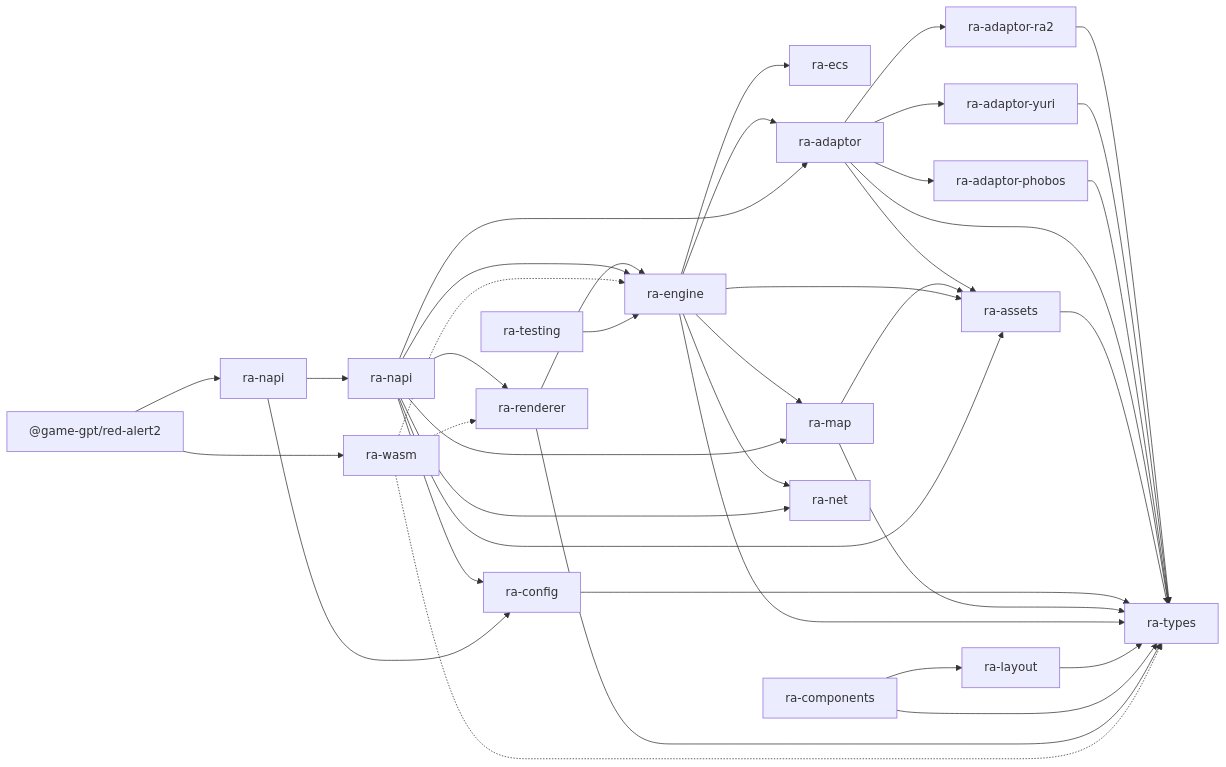
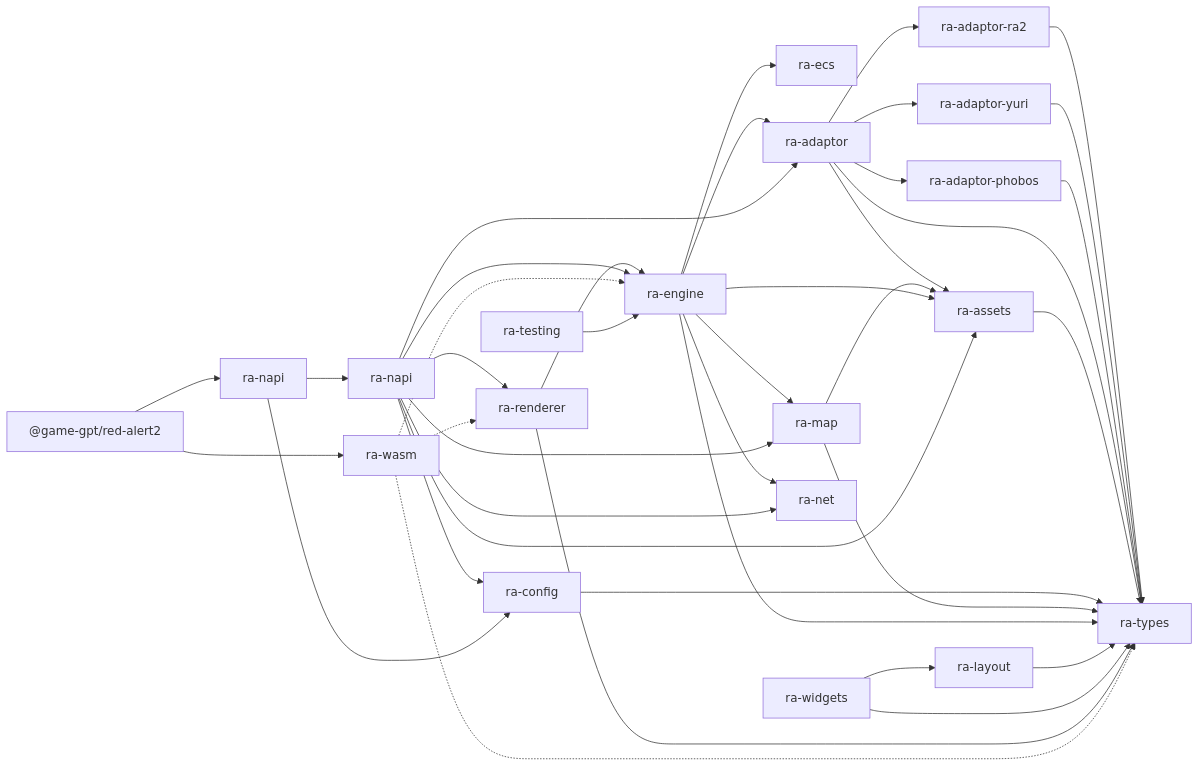
The third of 3 diagrams in readme.md (rust-alert/ra2.exe), drawn with Mermaid before and after one commit. The commit also changed other lines of this file and 53 other files, not shown here.

First line of the commit message:
♻️ Rename `ra-components` to `ra-widgets`

````diff
--- a/readme.md
+++ b/readme.md
@@ -197,60 +197,60 @@
 ```mermaid
 flowchart LR
     types[ra-types]
     ecs[ra-ecs]
     ra2a[ra-adaptor-ra2]
     yra[ra-adaptor-yuri]
     phobos[ra-adaptor-phobos]
     ad[ra-adaptor]
     as[ra-assets]
     cf[ra-config]
     mp[ra-map]
     eng[ra-engine]
     lay[ra-layout]
-    comp[ra-components]
+    comp[ra-widgets]
     re[ra-renderer]
     de[ra-napi]
     napi[ra-napi]
     host["@game-gpt/red-alert2"]
     we[ra-wasm]
     te[ra-testing]
     net[ra-net]
     ra2a --> types
     yra --> types
     phobos --> types
     ad --> types
     ad --> as
     ad --> ra2a
     ad --> yra
     ad --> phobos
     as --> types
     cf --> types
     mp --> types
     mp --> as
     eng --> types
     eng --> ad
     eng --> mp
     eng --> as
     eng --> net
     eng --> ecs
     lay --> types
     comp --> types
     comp --> lay
     re --> types
     re --> eng
     de --> ad
     de --> cf
     de --> as
     de --> mp
     de --> eng
     de --> re
     de --> net
     napi --> de
     napi --> cf
     host --> napi
     host --> we
     we -.-> types
     we -.-> eng
     we -.-> re
     te --> eng
 ```
````
